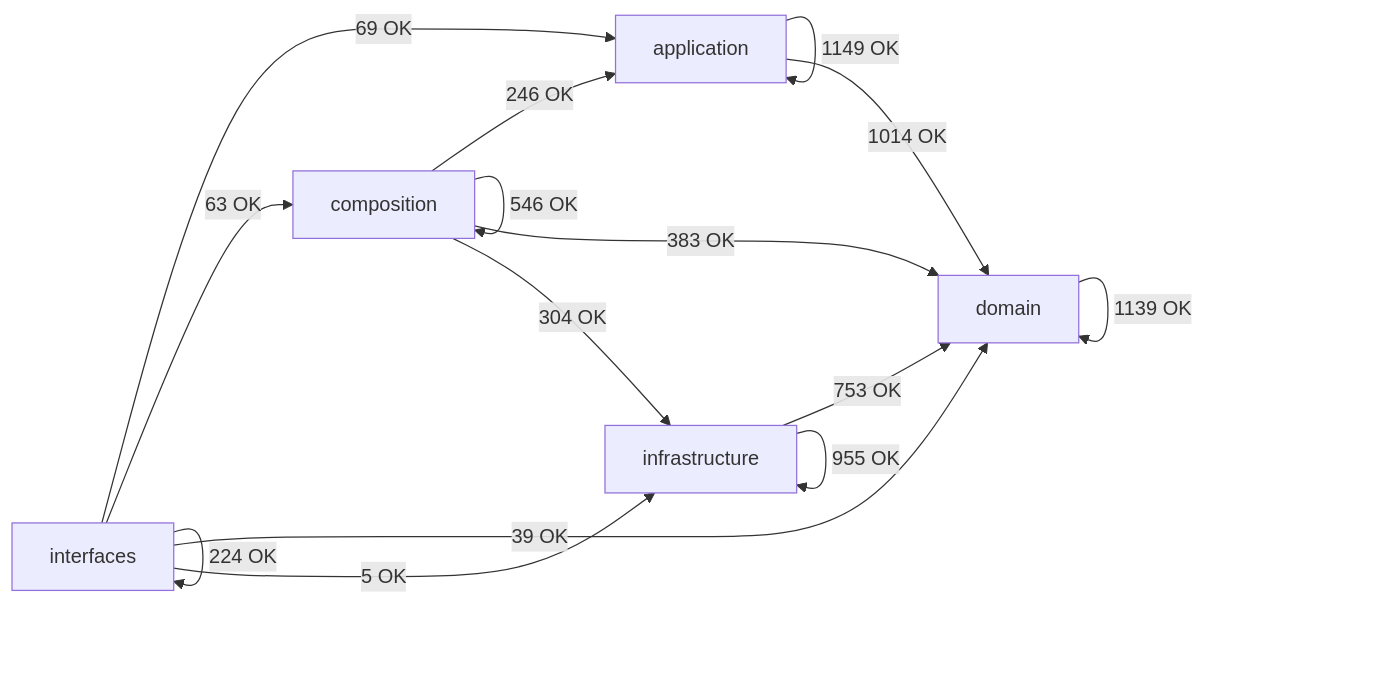
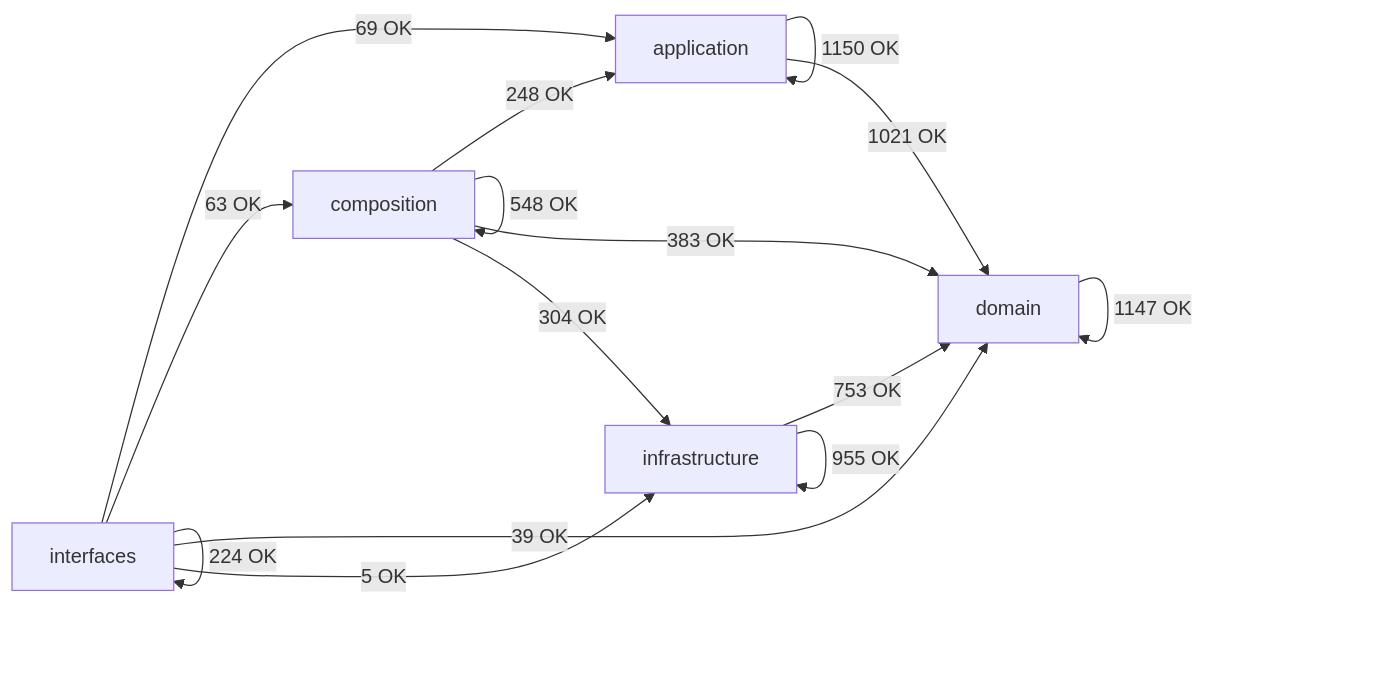
Before and after one commit to SatoryKono/BioactivityDataAcquisition: the diagram in docs/02-architecture/generated/module-dependency-map.md, drawn with Mermaid. The commit also changed other lines of this file and 8 other files, not shown here.

````diff
--- a/docs/02-architecture/generated/module-dependency-map.md
+++ b/docs/02-architecture/generated/module-dependency-map.md
@@ -17,22 +17,22 @@
 ```mermaid
 flowchart LR
     domain[domain]
     application[application]
     infrastructure[infrastructure]
     composition[composition]
     interfaces[interfaces]
-    application -->|1149 OK| application
-    application -->|1014 OK| domain
-    composition -->|246 OK| application
-    composition -->|546 OK| composition
+    application -->|1150 OK| application
+    application -->|1021 OK| domain
+    composition -->|248 OK| application
+    composition -->|548 OK| composition
     composition -->|383 OK| domain
     composition -->|304 OK| infrastructure
-    domain -->|1139 OK| domain
+    domain -->|1147 OK| domain
     infrastructure -->|753 OK| domain
     infrastructure -->|955 OK| infrastructure
     interfaces -->|69 OK| application
     interfaces -->|63 OK| composition
     interfaces -->|39 OK| domain
     interfaces -->|5 OK| infrastructure
     interfaces -->|224 OK| interfaces
 ```
````
